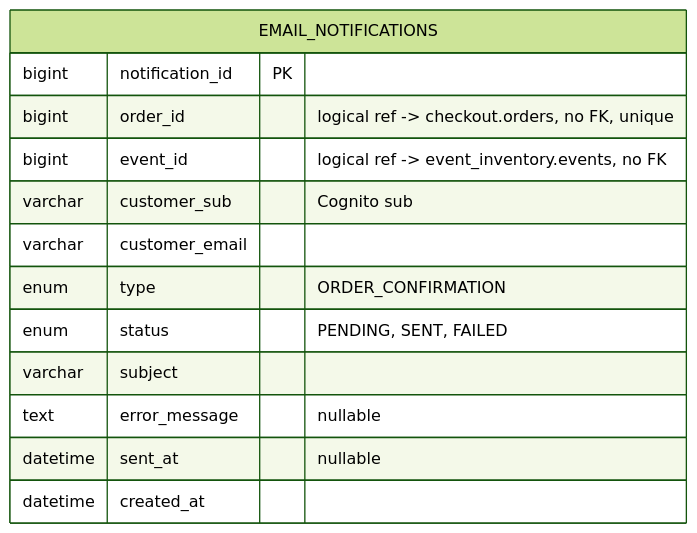
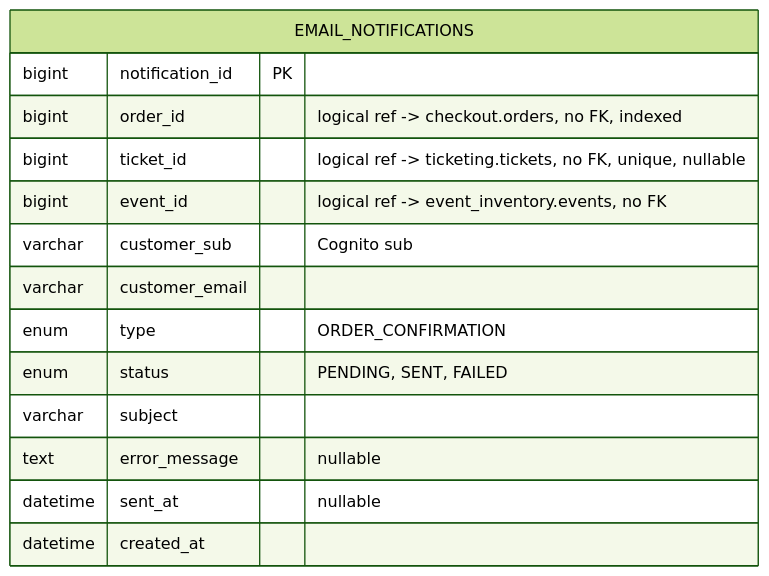
One commit to nus-mtech-grp1-sem2/backend-repo changed the tenth of 12 diagrams in database/onestage-system-design_with_notification.md. Above: the diagram before and after it, drawn with Mermaid (forest theme). The commit also changed other lines of this file and 11 other files, not shown here.

````diff
--- a/database/onestage-system-design_with_notification.md
+++ b/database/onestage-system-design_with_notification.md
@@ -653,16 +653,17 @@
 ```mermaid
 erDiagram
     EMAIL_NOTIFICATIONS {
         bigint notification_id PK
-        bigint order_id "logical ref -> checkout.orders, no FK, unique"
+        bigint order_id "logical ref -> checkout.orders, no FK, indexed"
+        bigint ticket_id "logical ref -> ticketing.tickets, no FK, unique, nullable"
         bigint event_id "logical ref -> event_inventory.events, no FK"
         varchar customer_sub "Cognito sub"
         varchar customer_email
         enum type "ORDER_CONFIRMATION"
         enum status "PENDING, SENT, FAILED"
         varchar subject
         text error_message "nullable"
         datetime sent_at "nullable"
         datetime created_at
     }
 ```
````
